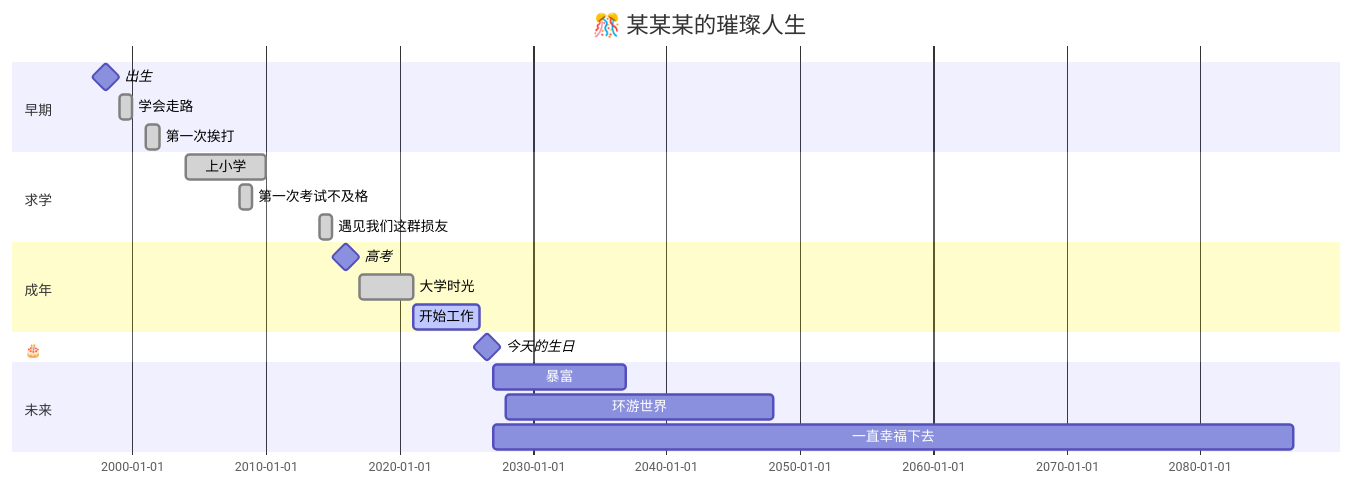
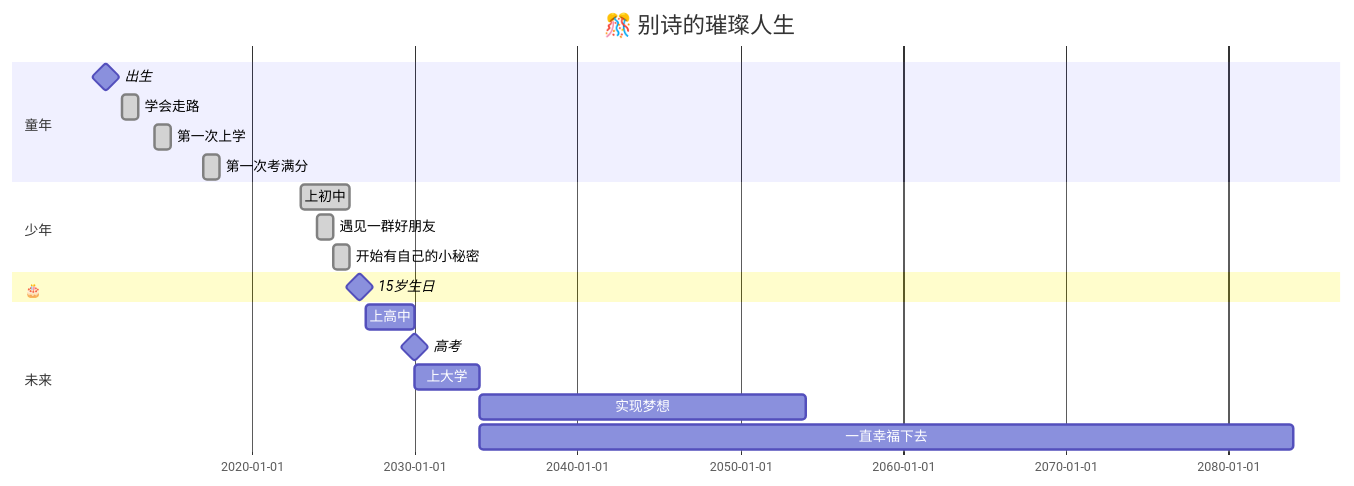
Before and after one commit to maoxinhe/Firefly: the diagram in src/content/posts/birthday.md, drawn with Mermaid. The commit also changed other lines of this file, not shown here.

````diff
--- a/src/content/posts/birthday.md
+++ b/src/content/posts/birthday.md
@@ -111,23 +111,22 @@
 ```mermaid
 gantt
-    title 🎊 某某某的璀璨人生
+    title 🎊 别诗的璀璨人生
     dateFormat  YYYY
-    section 早期
-    出生                    :milestone, 1998, 0d
-    学会走路                :done, 1999, 1y
-    第一次挨打              :done, 2001, 1y
-    section 求学
-    上小学                  :done, 2004, 6y
-    第一次考试不及格         :done, 2008, 1y
-    遇见我们这群损友         :done, 2014, 1y
-    section 成年
-    高考                    :milestone, 2016, 0d
-    大学时光                :done, 2017, 4y
-    开始工作                :active, 2021, 5y
+    section 童年
+    出生                    :milestone, 2011, 0d
+    学会走路                :done, 2012, 1y
+    第一次上学              :done, 2014, 1y
+    第一次考满分            :done, 2017, 1y
+    section 少年
+    上初中                  :done, 2023, 3y
+    遇见一群好朋友           :done, 2024, 1y
+    开始有自己的小秘密       :done, 2025, 1y
     section 🎂
-    今天的生日              :milestone, 2026-08-09, 0d
+    15岁生日               :milestone, 2026-08-09, 0d
     section 未来
-    暴富                    :2027, 10y
-    环游世界                :2028, 20y
-    一直幸福下去             :2027, 60y
+    上高中                  :2027, 3y
+    高考                    :milestone, 2030, 0d
+    上大学                  :2030, 4y
+    实现梦想                :2034, 20y
+    一直幸福下去             :2034, 50y
 ```
````
